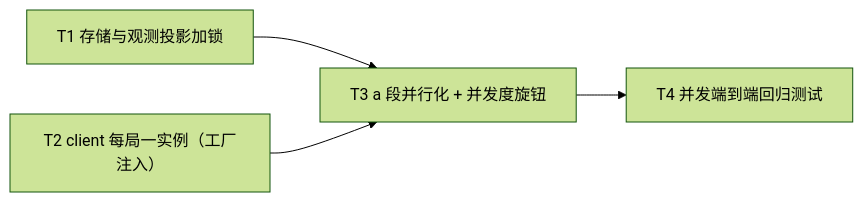
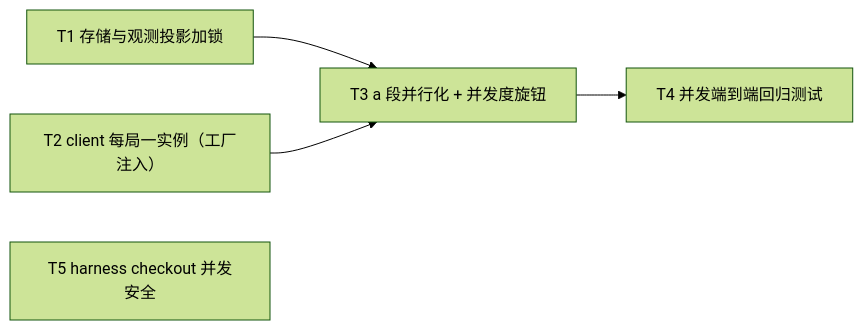
One commit to Curry09/AHE-Beta changed diagram 34 of 35 in docs/specs/OVERVIEW.md. Above: the diagram before and after it, drawn with Mermaid (forest theme). The commit also changed other lines of this file and 1 other file, not shown here.

First line of the commit message:
spec(0017): 补 T5 checkout 并发安全——审计漏项修正

````diff
--- a/docs/specs/OVERVIEW.md
+++ b/docs/specs/OVERVIEW.md
@@ -747,10 +749,11 @@
 ```mermaid
 graph LR
     nT1["T1 存储与观测投影加锁"]
     nT2["T2 client 每局一实例（工厂注入）"]
     nT3["T3 a 段并行化 + 并发度旋钮"]
     nT4["T4 并发端到端回归测试"]
+    nT5["T5 harness checkout 并发安全"]
     nT1 --> nT3
     nT2 --> nT3
     nT3 --> nT4
 ```
````
